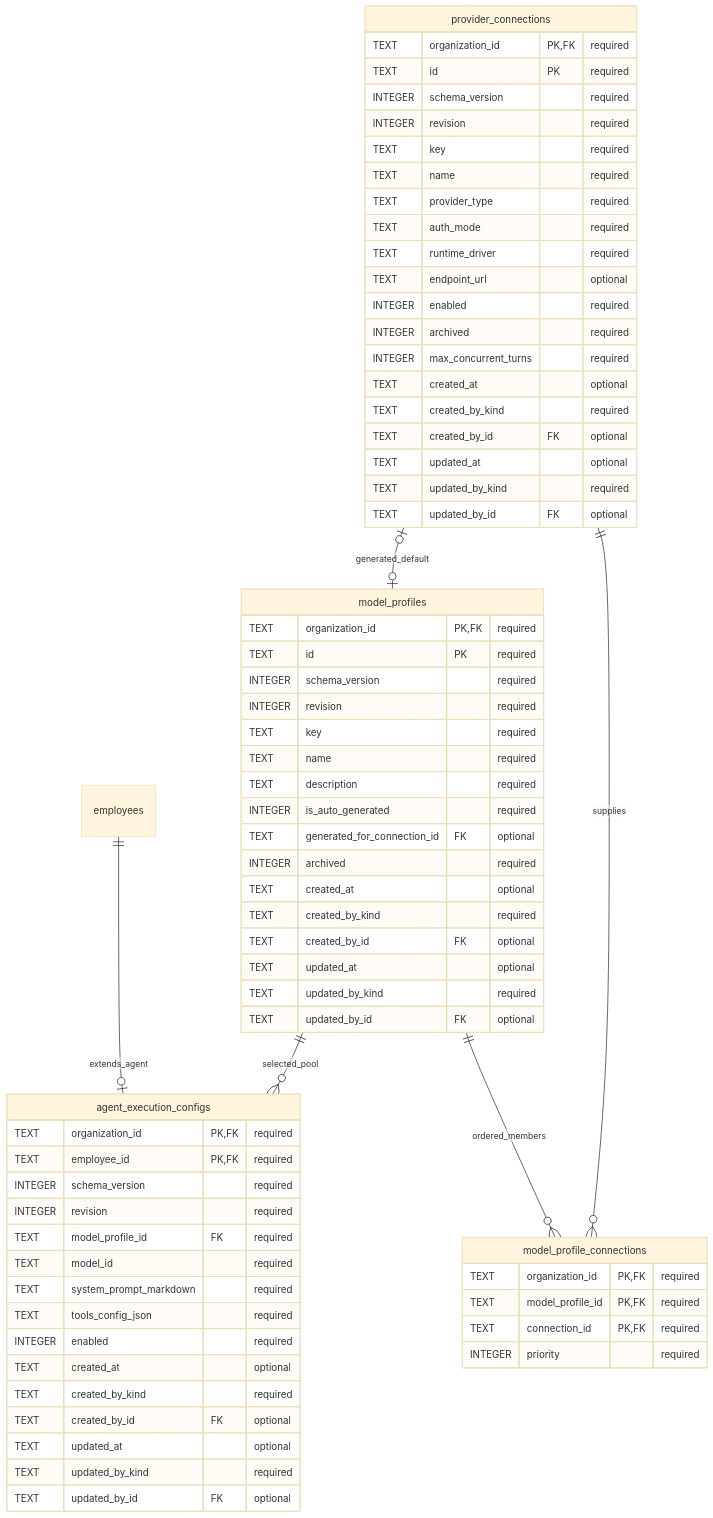
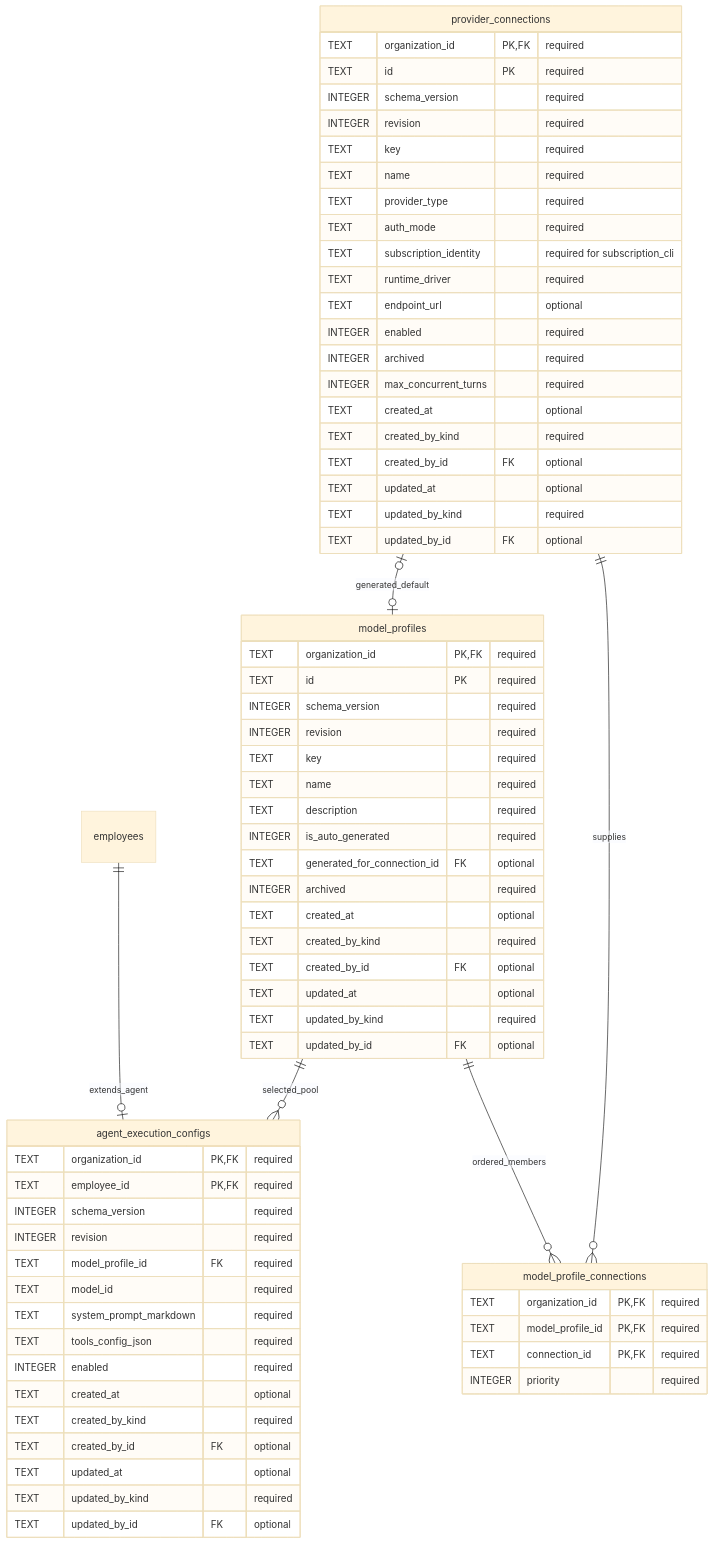
The third of 4 diagrams in docs/design/organization-data/11-agent-execution-pools-addendum.md (vgmello/agentic-org), drawn with Mermaid (base theme) before and after one commit. The commit also changed other lines of this file and 12 other files, not shown here.

First line of the commit message:
docs: clarify task responsibility, history and subscription identity

````diff
--- a/docs/design/organization-data/11-agent-execution-pools-addendum.md
+++ b/docs/design/organization-data/11-agent-execution-pools-addendum.md
@@ -342,70 +349,71 @@
 ```mermaid
 erDiagram
     employees ||--o| agent_execution_configs : extends_agent
     model_profiles ||--o{ agent_execution_configs : selected_pool
     model_profiles ||--o{ model_profile_connections : ordered_members
     provider_connections ||--o{ model_profile_connections : supplies
     provider_connections o|--o| model_profiles : generated_default
     provider_connections {
         TEXT organization_id PK, FK "required"
         TEXT id PK "required"
         INTEGER schema_version "required"
         INTEGER revision "required"
         TEXT key "required"
         TEXT name "required"
         TEXT provider_type "required"
         TEXT auth_mode "required"
+        TEXT subscription_identity "required for subscription_cli"
         TEXT runtime_driver "required"
         TEXT endpoint_url "optional"
         INTEGER enabled "required"
         INTEGER archived "required"
         INTEGER max_concurrent_turns "required"
         TEXT created_at "optional"
         TEXT created_by_kind "required"
         TEXT created_by_id FK "optional"
         TEXT updated_at "optional"
         TEXT updated_by_kind "required"
         TEXT updated_by_id FK "optional"
     }
     model_profiles {
         TEXT organization_id PK, FK "required"
         TEXT id PK "required"
         INTEGER schema_version "required"
         INTEGER revision "required"
         TEXT key "required"
         TEXT name "required"
         TEXT description "required"
         INTEGER is_auto_generated "required"
         TEXT generated_for_connection_id FK "optional"
         INTEGER archived "required"
         TEXT created_at "optional"
         TEXT created_by_kind "required"
         TEXT created_by_id FK "optional"
         TEXT updated_at "optional"
         TEXT updated_by_kind "required"
         TEXT updated_by_id FK "optional"
     }
     model_profile_connections {
         TEXT organization_id PK, FK "required"
         TEXT model_profile_id PK, FK "required"
         TEXT connection_id PK, FK "required"
         INTEGER priority "required"
     }
     agent_execution_configs {
         TEXT organization_id PK, FK "required"
         TEXT employee_id PK, FK "required"
         INTEGER schema_version "required"
         INTEGER revision "required"
         TEXT model_profile_id FK "required"
         TEXT model_id "required"
         TEXT system_prompt_markdown "required"
         TEXT tools_config_json "required"
         INTEGER enabled "required"
         TEXT created_at "optional"
         TEXT created_by_kind "required"
         TEXT created_by_id FK "optional"
         TEXT updated_at "optional"
         TEXT updated_by_kind "required"
         TEXT updated_by_id FK "optional"
     }
 ```
````
